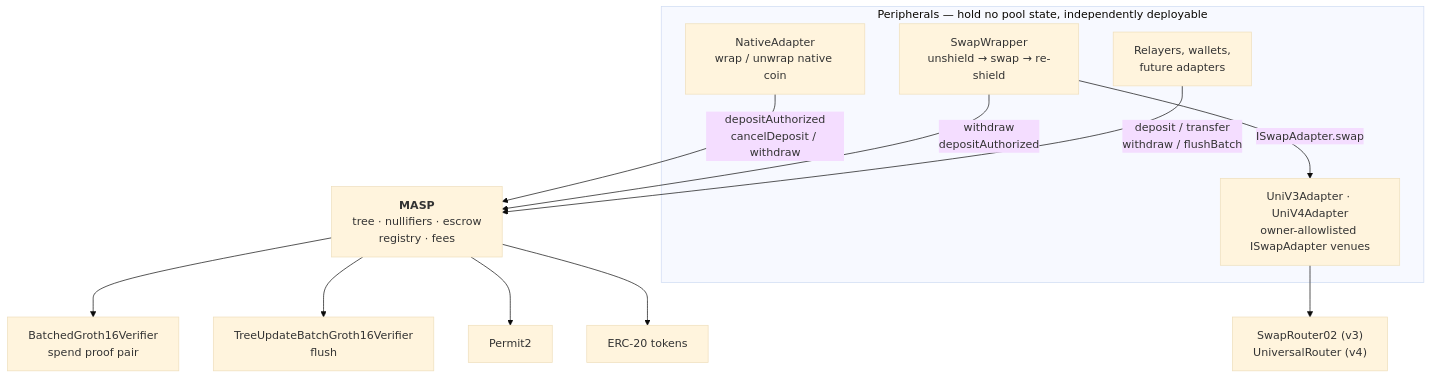
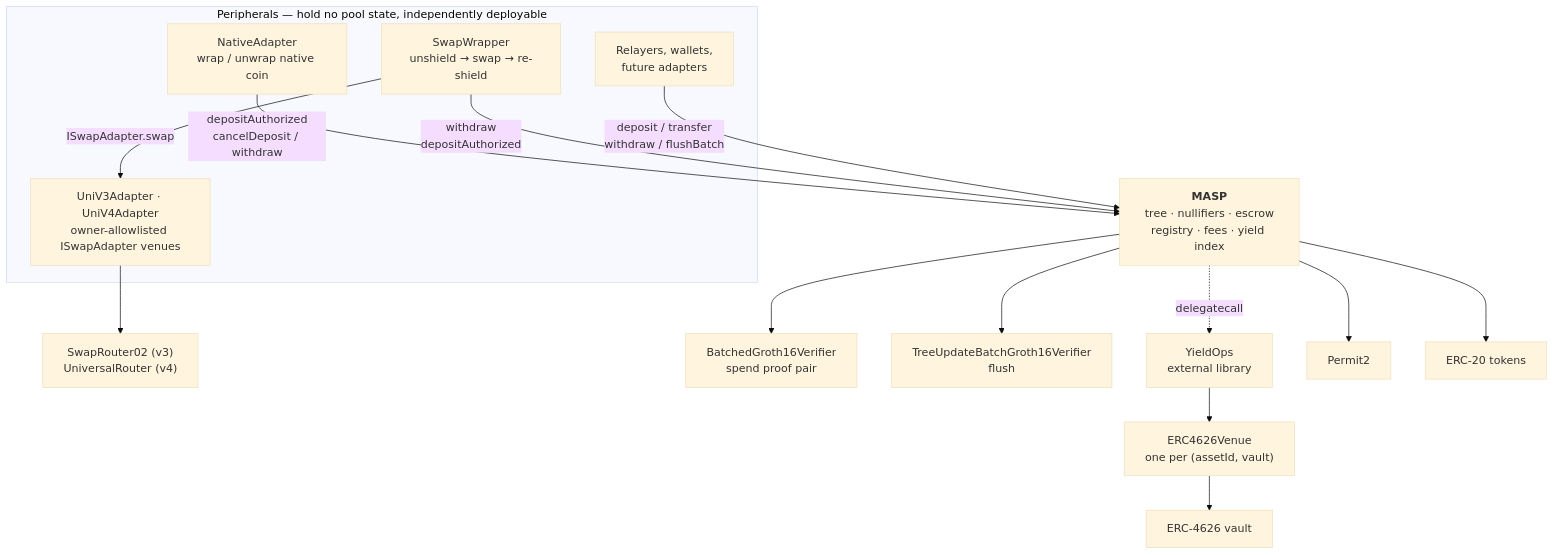
Before and after one commit to lelantos-org/contracts: the diagram in README.md, drawn with Mermaid (base theme). The commit also changed other lines of this file and 126 other files, not shown here.

````diff
--- a/README.md
+++ b/README.md
@@ -25,19 +30,22 @@
 ```mermaid
 flowchart TB
   subgraph P["Peripherals — hold no pool state, independently deployable"]
     NA["NativeAdapter<br/>wrap / unwrap native coin"]
     SW["SwapWrapper<br/>unshield → swap → re-shield"]
     AD["UniV3Adapter · UniV4Adapter<br/>owner-allowlisted ISwapAdapter venues"]
     U["Relayers, wallets,<br/>future adapters"]
   end
-  M["<b>MASP</b><br/>tree · nullifiers · escrow<br/>registry · fees"]
+  M["<b>MASP</b><br/>tree · nullifiers · escrow<br/>registry · fees · yield index"]
   NA -->|"depositAuthorized<br/>cancelDeposit / withdraw"| M
   SW -->|"withdraw<br/>depositAuthorized"| M
   SW -->|"ISwapAdapter.swap"| AD
   AD --> RT["SwapRouter02 (v3)<br/>UniversalRouter (v4)"]
   U -->|"deposit / transfer<br/>withdraw / flushBatch"| M
   M --> V["BatchedGroth16Verifier<br/>spend proof pair"]
   M --> V2["TreeUpdateBatchGroth16Verifier<br/>flush"]
+  M -.->|"delegatecall"| YO["YieldOps<br/>external library"]
+  YO --> YV["ERC4626Venue<br/>one per (assetId, vault)"]
+  YV --> VAULT["ERC-4626 vault"]
   M --> P2["Permit2"]
   M --> T["ERC-20 tokens"]
 ```
````
